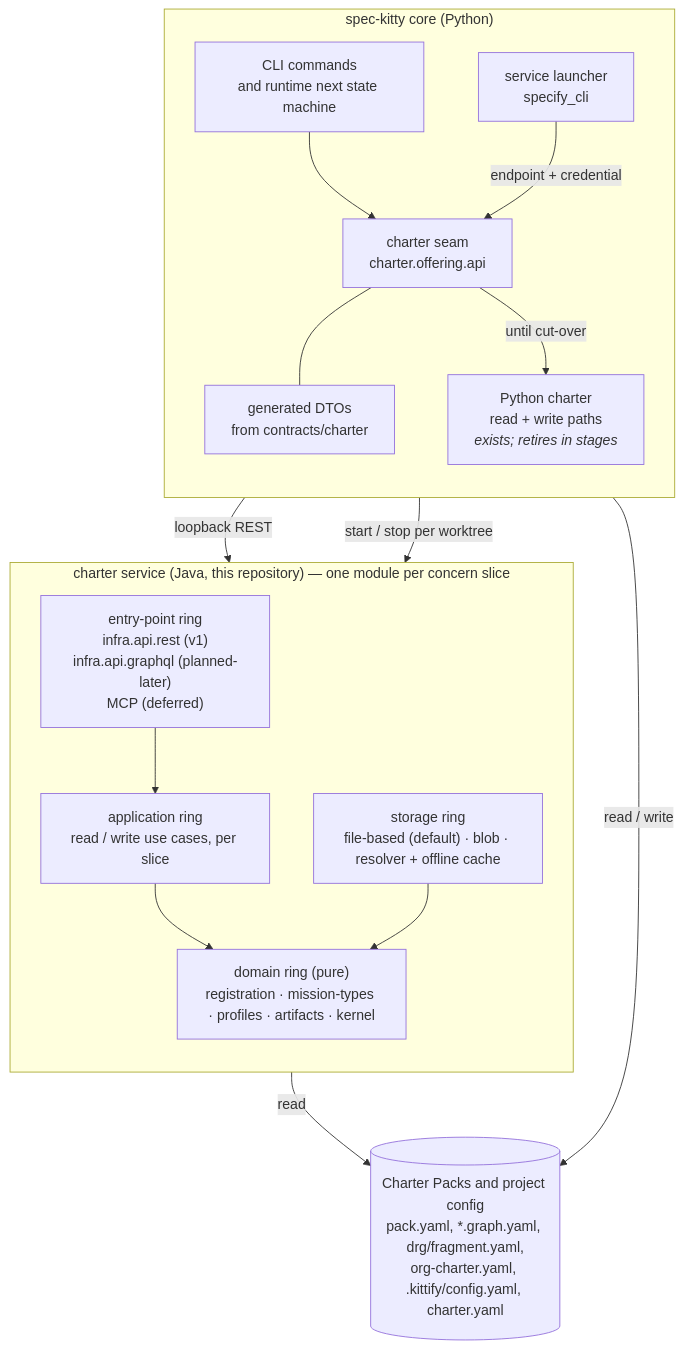
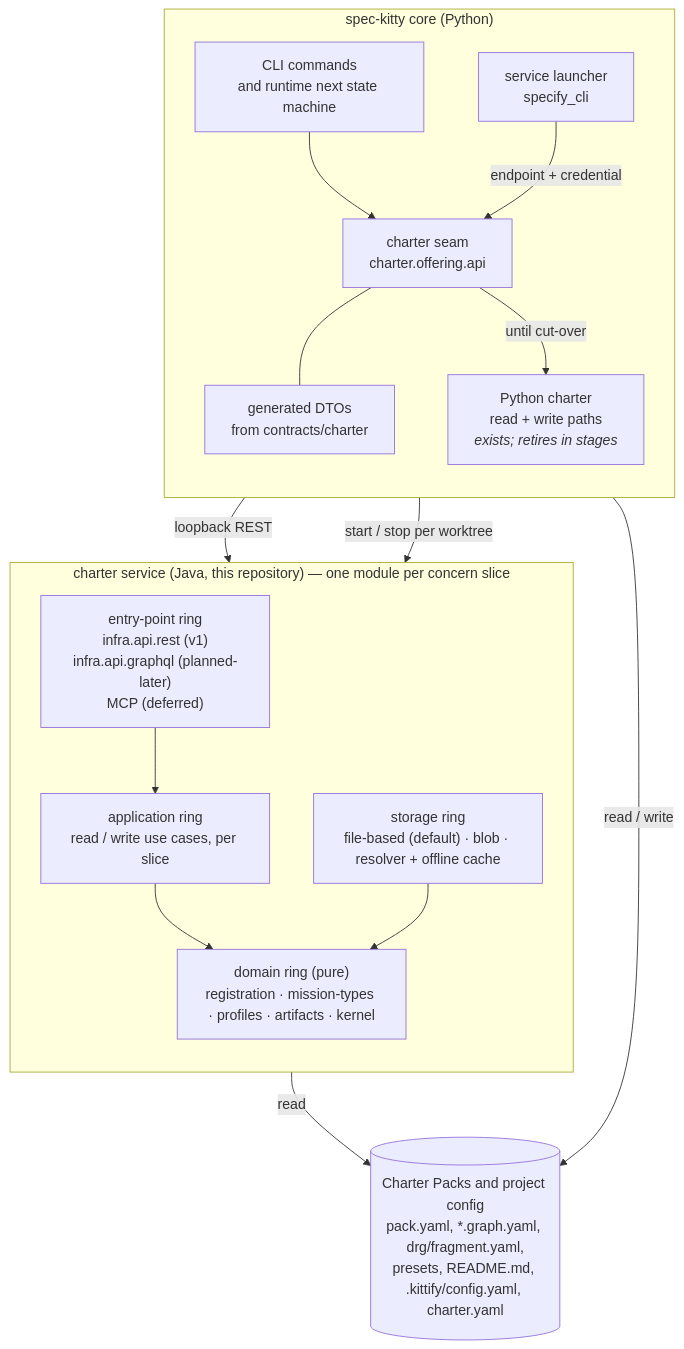
One commit to spec-kitty/spec-kitty-charter changed the diagram in docs/architecture/overview.md. Above: the diagram before and after it, drawn with Mermaid. The commit also changed other lines of this file and 40 other files, not shown here.

````diff
--- a/docs/architecture/overview.md
+++ b/docs/architecture/overview.md
@@ -31,33 +31,33 @@
 ```mermaid
 flowchart TB
   subgraph core["spec-kitty core (Python)"]
     direction TB
     cli["CLI commands<br/>and runtime next state machine"]
     seam["charter seam<br/>charter.offering.api"]
     dtos["generated DTOs<br/>from contracts/charter"]
     pyimpl["Python charter<br/>read + write paths<br/><i>exists; retires in stages</i>"]
     life["service launcher<br/>specify_cli"]
     cli --> seam
     seam --- dtos
     seam -->|until cut-over| pyimpl
     life -->|endpoint + credential| seam
   end
 
   subgraph svc["charter service (Java, this repository) — one module per concern slice"]
     direction TB
     ep["entry-point ring<br/>infra.api.rest (v1)<br/>infra.api.graphql (planned-later)<br/>MCP (deferred)"]
     app["application ring<br/>read / write use cases, per slice"]
     domain["domain ring (pure)<br/>registration · mission-types · profiles · artifacts · kernel"]
     storage["storage ring<br/>file-based (default) · blob · resolver + offline cache"]
     ep --> app
     app --> domain
     storage --> domain
   end
 
-  packs[("Charter Packs and project config<br/>pack.yaml, *.graph.yaml, drg/fragment.yaml,<br/>org-charter.yaml, .kittify/config.yaml, charter.yaml")]
+  packs[("Charter Packs and project config<br/>pack.yaml, *.graph.yaml, drg/fragment.yaml,<br/>presets, README.md, .kittify/config.yaml, charter.yaml")]
 
   seam -->|loopback REST| ep
   life -->|start / stop per worktree| svc
   storage -->|read| packs
   pyimpl -->|read / write| packs
 ```
````
